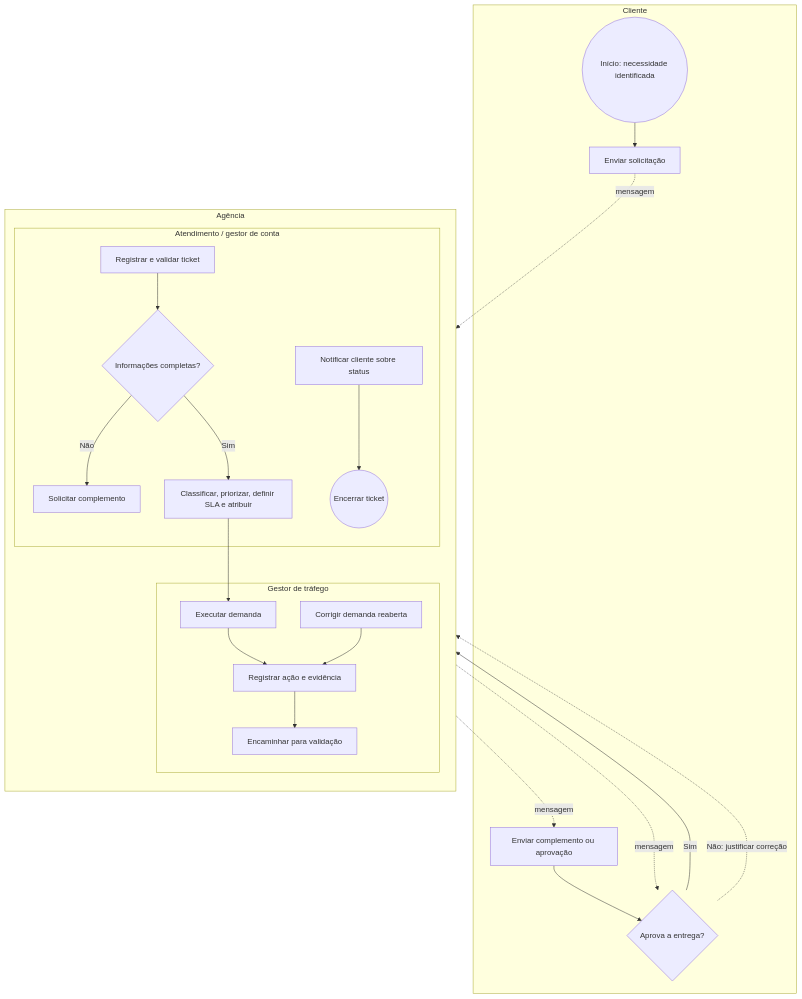
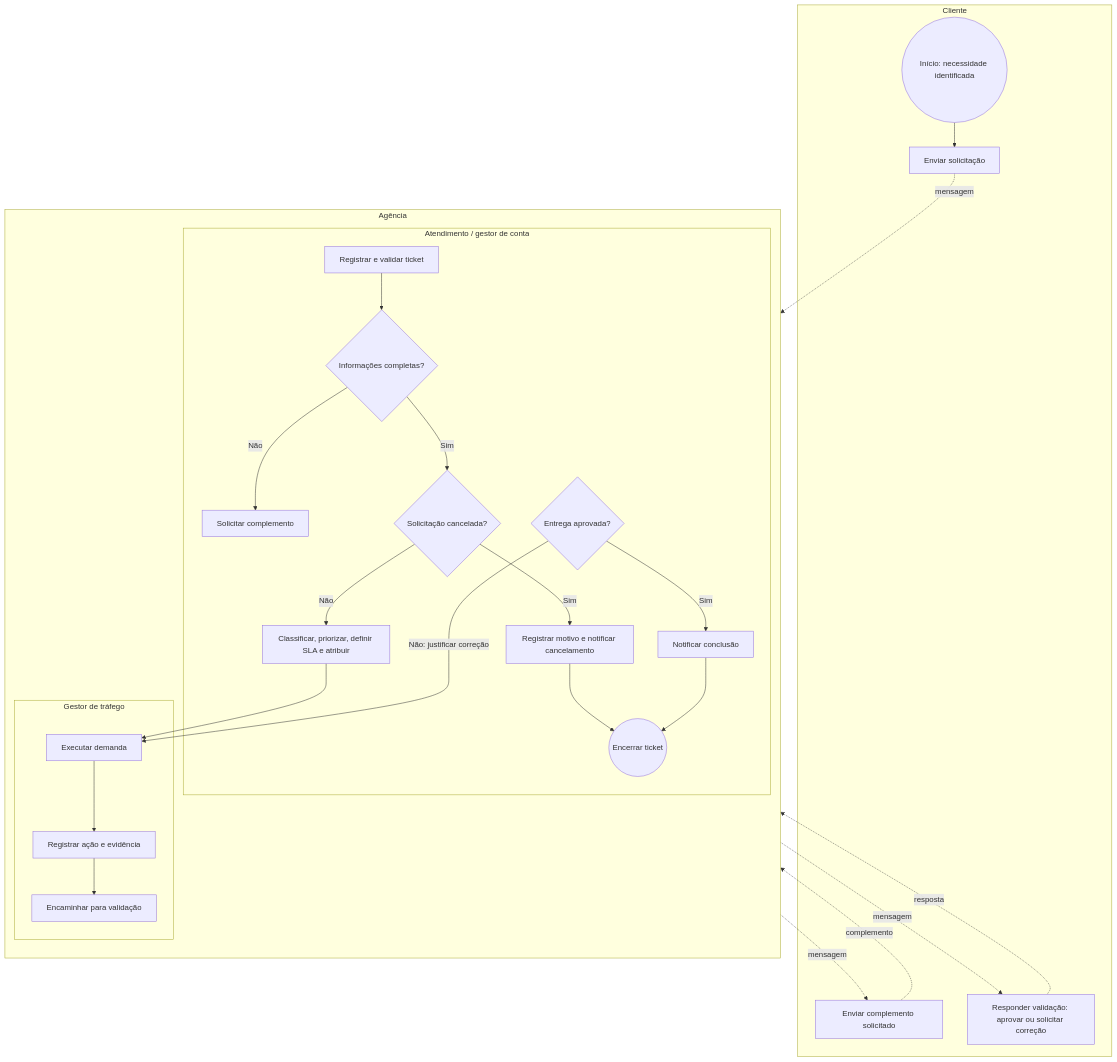
The diagram in Etapa 02/BPMN - Processo To Be.md (NayaraFJ/TI-Sistemas-Integrados), drawn with Mermaid before and after one commit. The commit also changed 6 other files, not shown here.

````diff
--- a/Etapa 02/BPMN - Processo To Be.md
+++ b/Etapa 02/BPMN - Processo To Be.md
@@ -22,29 +22,35 @@
 ```mermaid
 flowchart TB
     subgraph Cliente[Cliente]
         A((Início: necessidade identificada)) --> B[Enviar solicitação]
-        L[Enviar complemento ou aprovação] --> M{Aprova a entrega?}
+        L[Enviar complemento solicitado]
+        M[Responder validação: aprovar ou solicitar correção]
     end
 
     subgraph Agencia[Agência]
         direction TB
         subgraph Atendimento[Atendimento / gestor de conta]
             C[Registrar e validar ticket] --> D{Informações completas?}
             D -- Não --> E[Solicitar complemento]
-            D -- Sim --> F[Classificar, priorizar, definir SLA e atribuir]
-            O[Notificar cliente sobre status] --> P((Encerrar ticket))
+            D -- Sim --> F{Solicitação cancelada?}
+            F -- Sim --> G[Registrar motivo e notificar cancelamento]
+            G --> O((Encerrar ticket))
+            F -- Não --> H[Classificar, priorizar, definir SLA e atribuir]
+            N{Entrega aprovada?}
+            N -- Sim --> Q[Notificar conclusão]
+            Q --> O
         end
         subgraph Trafego[Gestor de tráfego]
-            G[Executar demanda] --> H[Registrar ação e evidência]
-            H --> I[Encaminhar para validação]
-            N[Corrigir demanda reaberta] --> H
+            I[Executar demanda] --> J[Registrar ação e evidência]
+            J --> K[Encaminhar para validação]
         end
     end
 
     B -. mensagem .-> C
     E -. mensagem .-> L
-    F --> G
-    I -. mensagem .-> M
-    M -- Sim --> O
-    M -. Não: justificar correção .-> N
+    L -. complemento .-> C
+    H --> I
+    K -. mensagem .-> M
+    M -. resposta .-> N
+    N -- Não: justificar correção --> I
 ```
````
